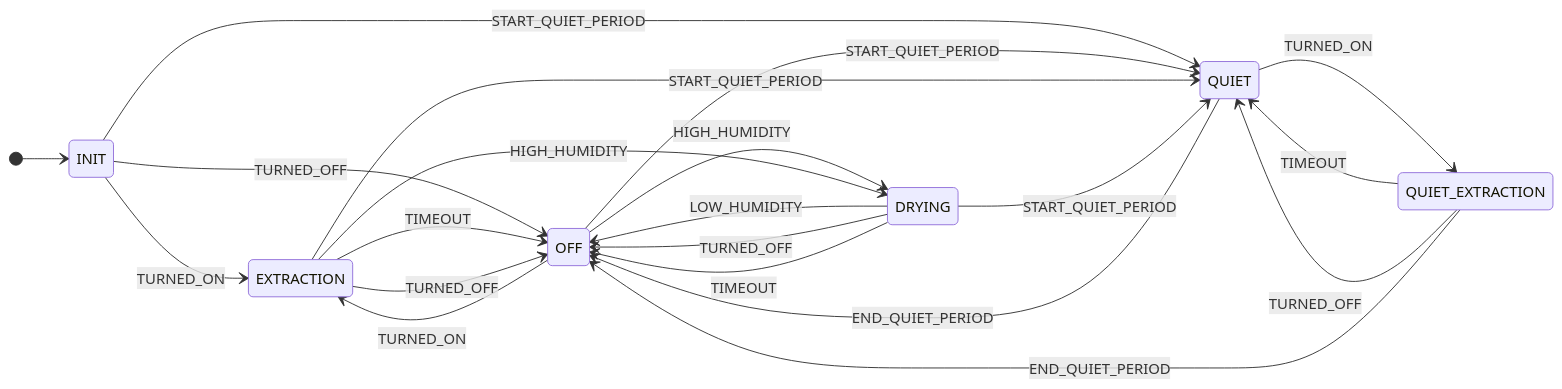
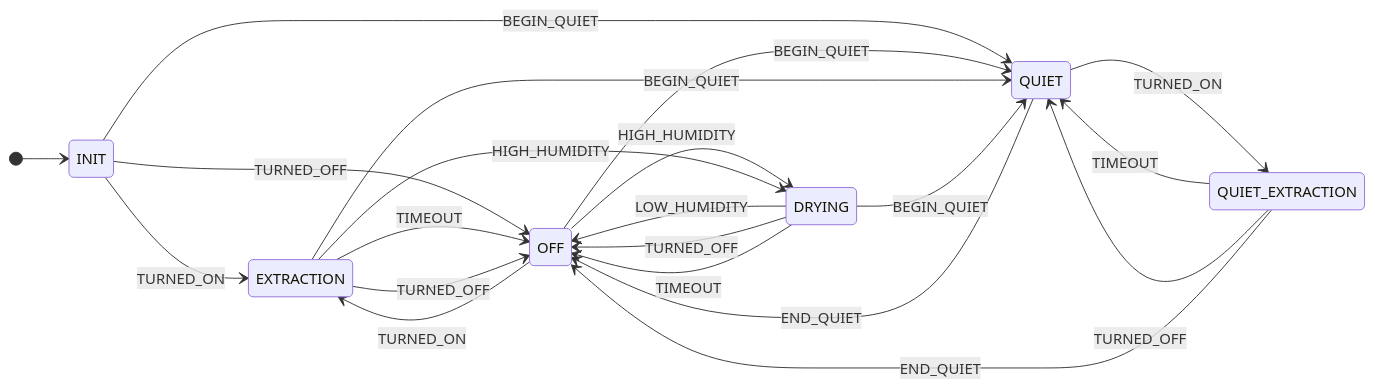
Before and after one commit to muxa/appdaemon-shower-fan: the diagram in README.md, drawn with Mermaid. The commit also changed 2 other files, not shown here.

Commit message:
Shortened tiggers

````diff
--- a/README.md
+++ b/README.md
@@ -36,25 +36,25 @@
 ```mermaid
 stateDiagram-v2
   direction LR
   
   [*] --> INIT
   INIT --> EXTRACTION: TURNED_ON
   INIT --> OFF: TURNED_OFF
-  INIT --> QUIET: START_QUIET_PERIOD
+  INIT --> QUIET: BEGIN_QUIET
   OFF --> EXTRACTION: TURNED_ON
   OFF --> DRYING: HIGH_HUMIDITY
-  OFF --> QUIET: START_QUIET_PERIOD
+  OFF --> QUIET: BEGIN_QUIET
   EXTRACTION --> OFF: TIMEOUT
   EXTRACTION --> OFF: TURNED_OFF
   EXTRACTION --> DRYING: HIGH_HUMIDITY
-  EXTRACTION --> QUIET: START_QUIET_PERIOD
+  EXTRACTION --> QUIET: BEGIN_QUIET
   DRYING --> OFF: LOW_HUMIDITY
   DRYING --> OFF: TURNED_OFF
   DRYING --> OFF: TIMEOUT
-  DRYING --> QUIET: START_QUIET_PERIOD
+  DRYING --> QUIET: BEGIN_QUIET
   QUIET --> QUIET_EXTRACTION: TURNED_ON
-  QUIET --> OFF: END_QUIET_PERIOD
+  QUIET --> OFF: END_QUIET
   QUIET_EXTRACTION --> QUIET: TIMEOUT
   QUIET_EXTRACTION --> QUIET: TURNED_OFF
-  QUIET_EXTRACTION --> OFF: END_QUIET_PERIOD
+  QUIET_EXTRACTION --> OFF: END_QUIET
 ```
````
